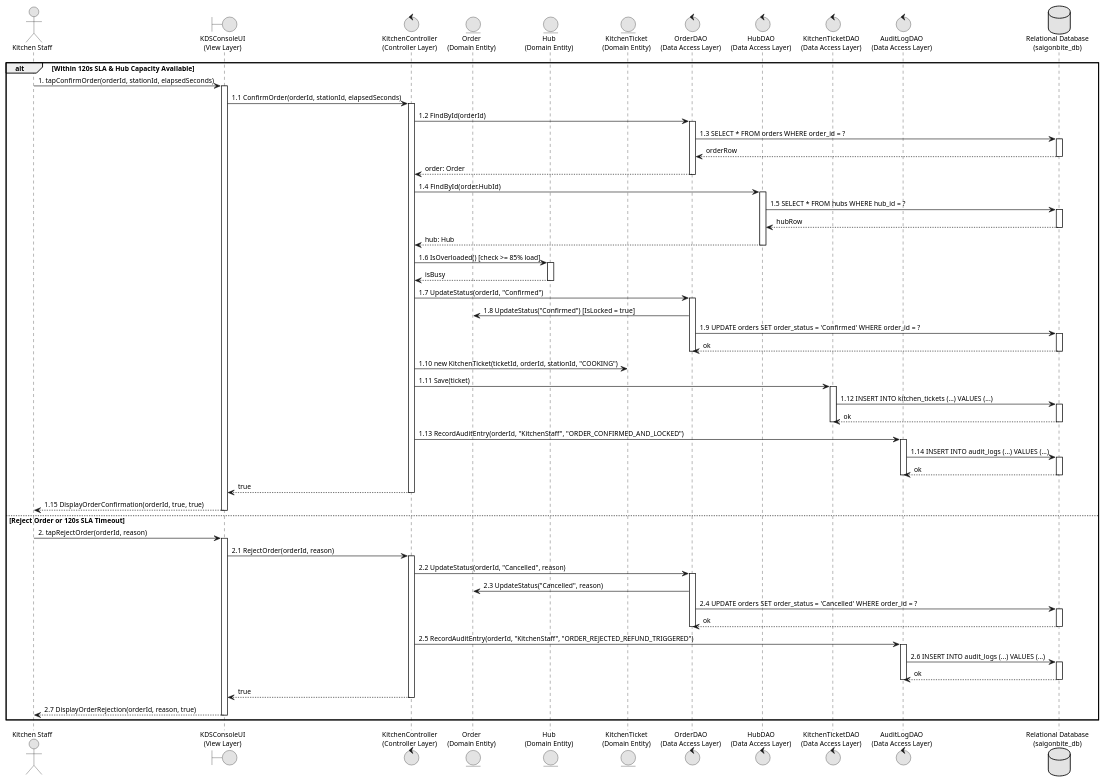
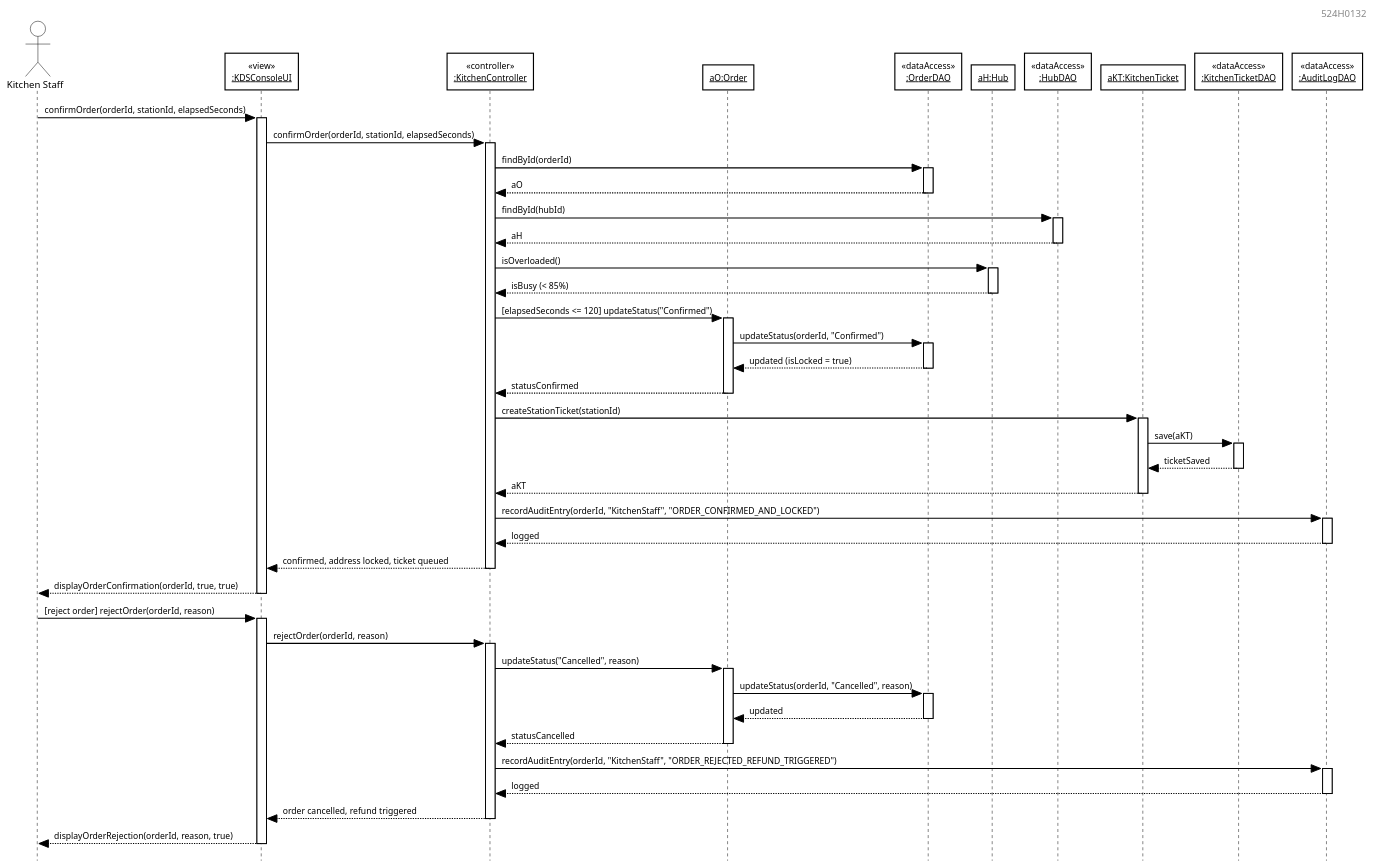
Before and after one commit to DoQuocTrung06/SaigonBite-RAD-TeamF10: the diagram in Part_3/models/UC7_Modified_Sequence_Diagram.puml, drawn with PlantUML. The commit also changed 51 other files, not shown here.

```diff
--- a/Part_3/models/UC7_Modified_Sequence_Diagram.puml
+++ b/Part_3/models/UC7_Modified_Sequence_Diagram.puml
@@ -1,113 +1,101 @@
-@startuml Figure_4_3_2_UC7_Modified_Sequence_Diagram
-skinparam backgroundColor #FFFFFF
+@startuml
+skinparam style strictuml
 skinparam monochrome true
 skinparam shadowing false
-skinparam defaultFontName "Calibri"
-skinparam defaultFontSize 11
-skinparam defaultFontColor #000000
-skinparam linetype ortho
-skinparam roundCorner 0
-hide circle
+skinparam backgroundColor #FFFFFF
+skinparam defaultFontName Arial
+skinparam defaultFontSize 10
+skinparam roundcorner 0
+skinparam dpi 150
+hide footbox
+
+skinparam SequenceLifeLineBorderColor #000000
+skinparam SequenceLifeLineBackgroundColor #FFFFFF
+skinparam ParticipantBackgroundColor #FFFFFF
+skinparam ParticipantBorderColor #000000
+skinparam ParticipantBorderThickness 1.2
+skinparam ParticipantFontColor #000000
+skinparam ParticipantFontSize 9
+skinparam ActorBackgroundColor #FFFFFF
+skinparam ActorBorderColor #000000
+skinparam ActorFontColor #000000
+skinparam ArrowColor #000000
+skinparam ArrowThickness 1.1
+skinparam ArrowFontColor #000000
+skinparam ArrowFontSize 9
+
+right header 524H0132
 
 actor "Kitchen Staff" as Staff
-boundary "KDSConsoleUI\n(View Layer)" as UI
-control "KitchenController\n(Controller Layer)" as Ctrl
-entity "Order\n(Domain Entity)" as Ord
-entity "Hub\n(Domain Entity)" as Hub
-entity "KitchenTicket\n(Domain Entity)" as Ticket
-control "OrderDAO\n(Data Access Layer)" as OrderDAO
-control "HubDAO\n(Data Access Layer)" as HubDAO
-control "KitchenTicketDAO\n(Data Access Layer)" as TicketDAO
-control "AuditLogDAO\n(Data Access Layer)" as AuditDAO
-database "Relational Database\n(saigonbite_db)" as DB
+participant "<<view>>\n__:KDSConsoleUI__" as UI
+participant "<<controller>>\n__:KitchenController__" as Ctrl
+participant "__aO:Order__" as Ord
+participant "<<dataAccess>>\n__:OrderDAO__" as OrderDAO
+participant "__aH:Hub__" as Hub
+participant "<<dataAccess>>\n__:HubDAO__" as HubDAO
+participant "__aKT:KitchenTicket__" as Ticket
+participant "<<dataAccess>>\n__:KitchenTicketDAO__" as TicketDAO
+participant "<<dataAccess>>\n__:AuditLogDAO__" as AuditDAO
 
-alt Within 120s SLA & Hub Capacity Available
-Staff -> UI: 1. tapConfirmOrder(orderId, stationId, elapsedSeconds)
+Staff -> UI: confirmOrder(orderId, stationId, elapsedSeconds)
 activate UI
-UI -> Ctrl: 1.1 ConfirmOrder(orderId, stationId, elapsedSeconds)
+UI -> Ctrl: confirmOrder(orderId, stationId, elapsedSeconds)
 activate Ctrl
-
-Ctrl -> OrderDAO: 1.2 FindById(orderId)
+Ctrl -> OrderDAO: findById(orderId)
 activate OrderDAO
-OrderDAO -> DB: 1.3 SELECT * FROM orders WHERE order_id = ?
-activate DB
-DB --> OrderDAO: orderRow
-deactivate DB
-OrderDAO --> Ctrl: order: Order
+OrderDAO --> Ctrl: aO
 deactivate OrderDAO
-
-Ctrl -> HubDAO: 1.4 FindById(order.HubId)
+Ctrl -> HubDAO: findById(hubId)
 activate HubDAO
-HubDAO -> DB: 1.5 SELECT * FROM hubs WHERE hub_id = ?
-activate DB
-DB --> HubDAO: hubRow
-deactivate DB
-HubDAO --> Ctrl: hub: Hub
+HubDAO --> Ctrl: aH
 deactivate HubDAO
-
-Ctrl -> Hub: 1.6 IsOverloaded() [check >= 85% load]
+Ctrl -> Hub: isOverloaded()
 activate Hub
-Hub --> Ctrl: isBusy
+Hub --> Ctrl: isBusy (< 85%)
 deactivate Hub
-
-Ctrl -> OrderDAO: 1.7 UpdateStatus(orderId, "Confirmed")
+Ctrl -> Ord: [elapsedSeconds <= 120] updateStatus("Confirmed")
+activate Ord
+Ord -> OrderDAO: updateStatus(orderId, "Confirmed")
 activate OrderDAO
-OrderDAO -> Ord: 1.8 UpdateStatus("Confirmed") [IsLocked = true]
-OrderDAO -> DB: 1.9 UPDATE orders SET order_status = 'Confirmed' WHERE order_id = ?
-activate DB
-DB --> OrderDAO: ok
-deactivate DB
+OrderDAO --> Ord: updated (isLocked = true)
 deactivate OrderDAO
-
-Ctrl -> Ticket: 1.10 new KitchenTicket(ticketId, orderId, stationId, "COOKING")
-Ctrl -> TicketDAO: 1.11 Save(ticket)
+Ord --> Ctrl: statusConfirmed
+deactivate Ord
+Ctrl -> Ticket: createStationTicket(stationId)
+activate Ticket
+Ticket -> TicketDAO: save(aKT)
 activate TicketDAO
-TicketDAO -> DB: 1.12 INSERT INTO kitchen_tickets (...) VALUES (...)
-activate DB
-DB --> TicketDAO: ok
-deactivate DB
+TicketDAO --> Ticket: ticketSaved
 deactivate TicketDAO
-
-Ctrl -> AuditDAO: 1.13 RecordAuditEntry(orderId, "KitchenStaff", "ORDER_CONFIRMED_AND_LOCKED")
+Ticket --> Ctrl: aKT
+deactivate Ticket
+Ctrl -> AuditDAO: recordAuditEntry(orderId, "KitchenStaff", "ORDER_CONFIRMED_AND_LOCKED")
 activate AuditDAO
-AuditDAO -> DB: 1.14 INSERT INTO audit_logs (...) VALUES (...)
-activate DB
-DB --> AuditDAO: ok
-deactivate DB
+AuditDAO --> Ctrl: logged
 deactivate AuditDAO
-
-Ctrl --> UI: true
+Ctrl --> UI: confirmed, address locked, ticket queued
 deactivate Ctrl
-UI --> Staff: 1.15 DisplayOrderConfirmation(orderId, true, true)
+UI --> Staff: displayOrderConfirmation(orderId, true, true)
 deactivate UI
 
-else Reject Order or 120s SLA Timeout
-Staff -> UI: 2. tapRejectOrder(orderId, reason)
+Staff -> UI: [reject order] rejectOrder(orderId, reason)
 activate UI
-UI -> Ctrl: 2.1 RejectOrder(orderId, reason)
+UI -> Ctrl: rejectOrder(orderId, reason)
 activate Ctrl
-
-Ctrl -> OrderDAO: 2.2 UpdateStatus(orderId, "Cancelled", reason)
+Ctrl -> Ord: updateStatus("Cancelled", reason)
+activate Ord
+Ord -> OrderDAO: updateStatus(orderId, "Cancelled", reason)
 activate OrderDAO
-OrderDAO -> Ord: 2.3 UpdateStatus("Cancelled", reason)
-OrderDAO -> DB: 2.4 UPDATE orders SET order_status = 'Cancelled' WHERE order_id = ?
-activate DB
-DB --> OrderDAO: ok
-deactivate DB
+OrderDAO --> Ord: updated
 deactivate OrderDAO
-
-Ctrl -> AuditDAO: 2.5 RecordAuditEntry(orderId, "KitchenStaff", "ORDER_REJECTED_REFUND_TRIGGERED")
+Ord --> Ctrl: statusCancelled
+deactivate Ord
+Ctrl -> AuditDAO: recordAuditEntry(orderId, "KitchenStaff", "ORDER_REJECTED_REFUND_TRIGGERED")
 activate AuditDAO
-AuditDAO -> DB: 2.6 INSERT INTO audit_logs (...) VALUES (...)
-activate DB
-DB --> AuditDAO: ok
-deactivate DB
+AuditDAO --> Ctrl: logged
 deactivate AuditDAO
-
-Ctrl --> UI: true
+Ctrl --> UI: order cancelled, refund triggered
 deactivate Ctrl
-UI --> Staff: 2.7 DisplayOrderRejection(orderId, reason, true)
+UI --> Staff: displayOrderRejection(orderId, reason, true)
 deactivate UI
-end
-
 @enduml
```
